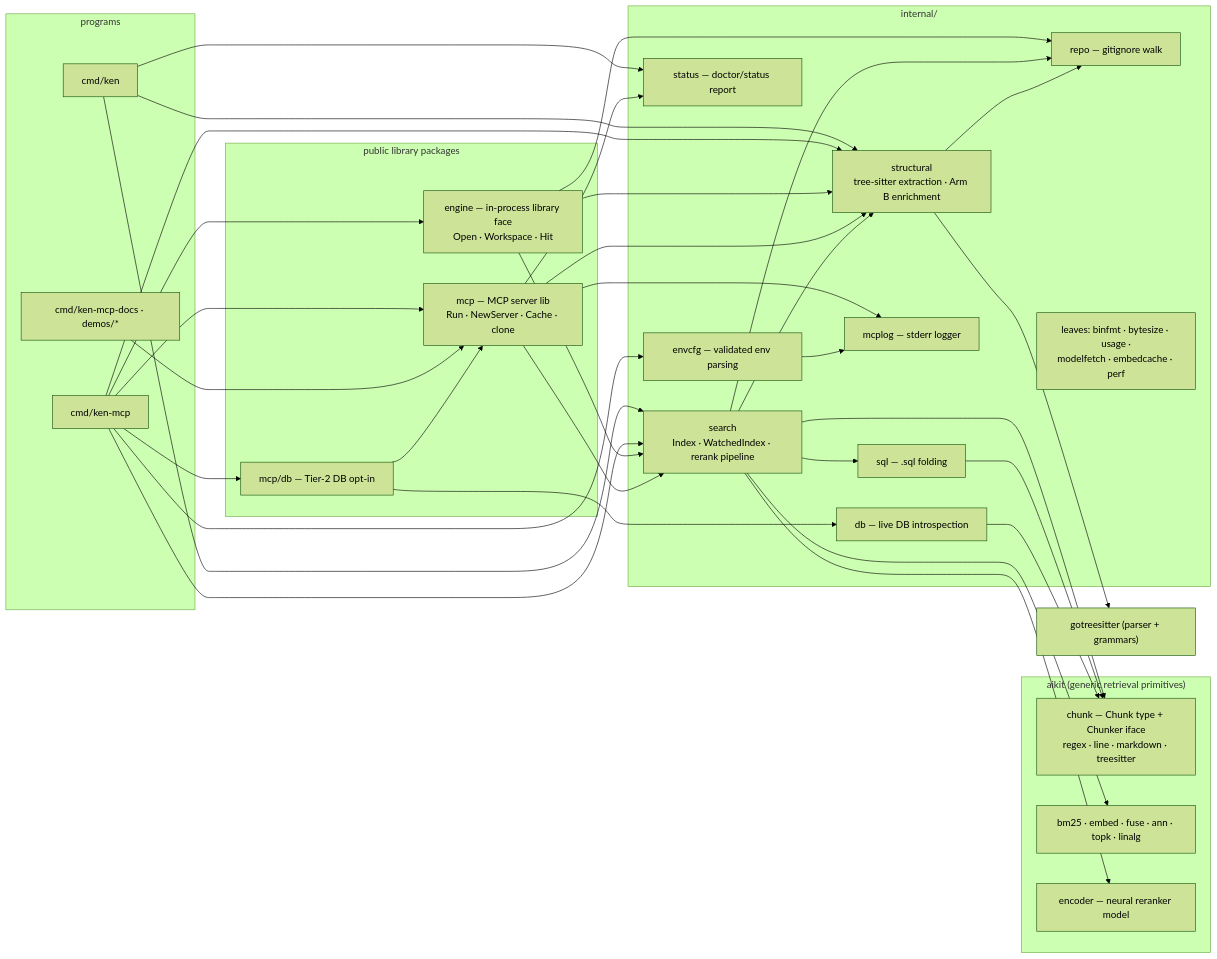
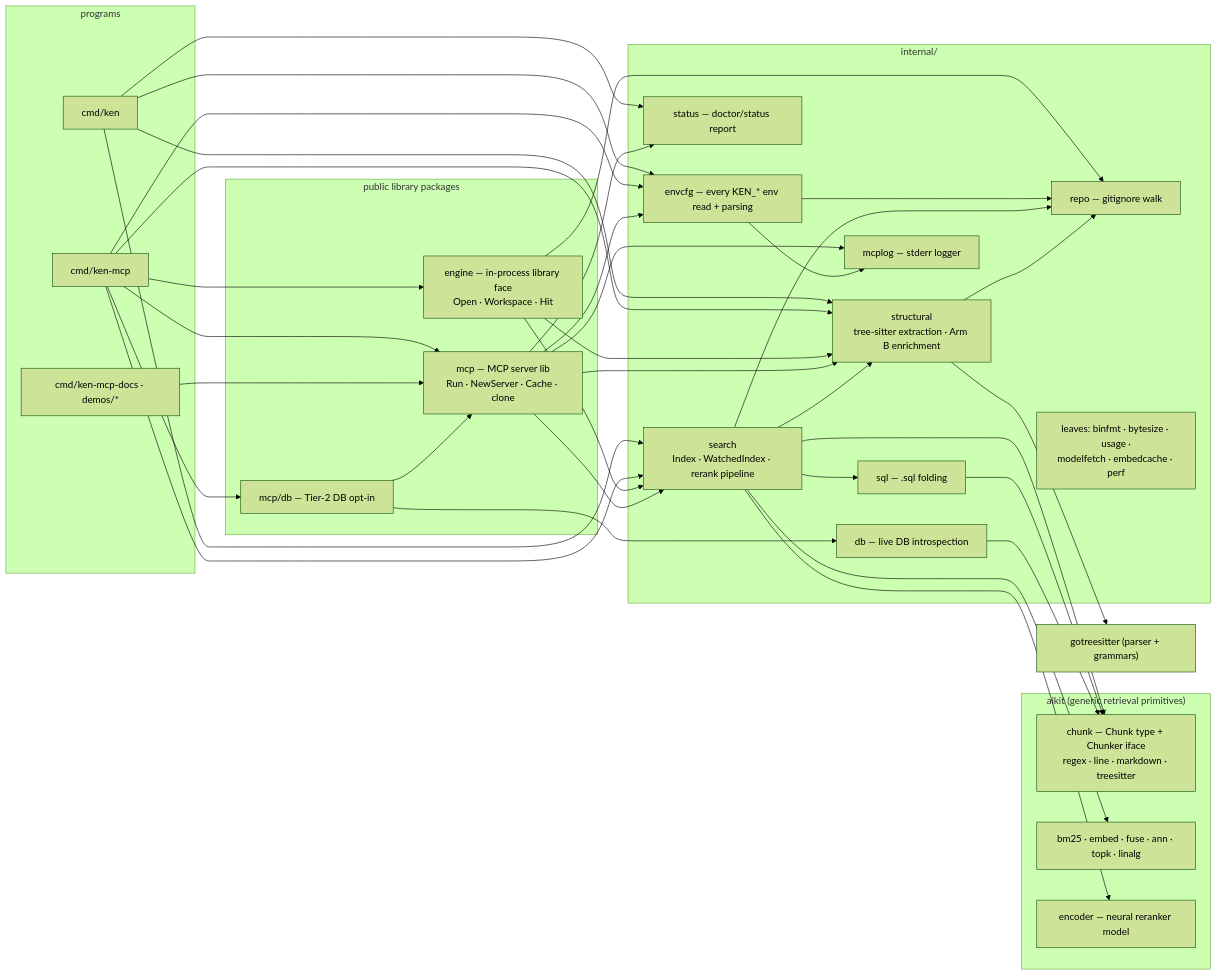
One commit to townsendmerino/ken changed the first of 2 diagrams in ARCHITECTURE.md. Above: the diagram before and after it, drawn with Mermaid (forest theme). The commit also changed other lines of this file and 57 other files, not shown here.

````diff
--- a/ARCHITECTURE.md
+++ b/ARCHITECTURE.md
@@ -15,42 +15,42 @@
 ```mermaid
 graph LR
     subgraph aikit ["aikit (generic retrieval primitives)"]
         chunk["chunk — Chunk type + Chunker iface<br/>regex · line · markdown · treesitter"]
         retr["bm25 · embed · fuse · ann · topk · linalg"]
         encoder["encoder — neural reranker model"]
     end
     gts["gotreesitter (parser + grammars)"]
     subgraph programs ["programs"]
         ken["cmd/ken"]
         kenmcp["cmd/ken-mcp"]
         embedded["cmd/ken-mcp-docs · demos/*"]
     end
     subgraph public ["public library packages"]
         engine["engine — in-process library face<br/>Open · Workspace · Hit"]
         mcppkg["mcp — MCP server lib<br/>Run · NewServer · Cache · clone"]
         mcpdb["mcp/db — Tier-2 DB opt-in"]
     end
     subgraph internal ["internal/"]
         search["search<br/>Index · WatchedIndex · rerank pipeline"]
         structural["structural<br/>tree-sitter extraction · Arm B enrichment"]
         repo["repo — gitignore walk"]
         sqlpkg["sql — .sql folding"]
         dbpkg["db — live DB introspection"]
         status["status — doctor/status report"]
-        envcfg["envcfg — validated env parsing"]
+        envcfg["envcfg — every KEN_* env read + parsing"]
         mcplog["mcplog — stderr logger"]
         small["leaves: binfmt · bytesize · usage ·<br/>modelfetch · embedcache · perf"]
     end
-    ken --> search & structural & status
+    ken --> search & structural & status & envcfg
     kenmcp --> engine & mcppkg & mcpdb & search & structural & envcfg
     embedded --> mcppkg
     engine --> search & structural & repo
-    mcppkg --> search & structural & status & mcplog
+    mcppkg --> search & structural & status & mcplog & envcfg
     mcpdb --> mcppkg & dbpkg
-    envcfg --> mcplog
+    envcfg --> mcplog & repo
     search --> structural & repo & sqlpkg
     structural --> repo
     search --> chunk & retr & encoder
     structural --> gts
     sqlpkg & dbpkg --> chunk
 ```
````
